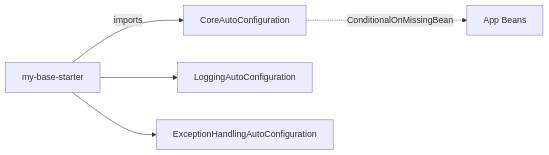
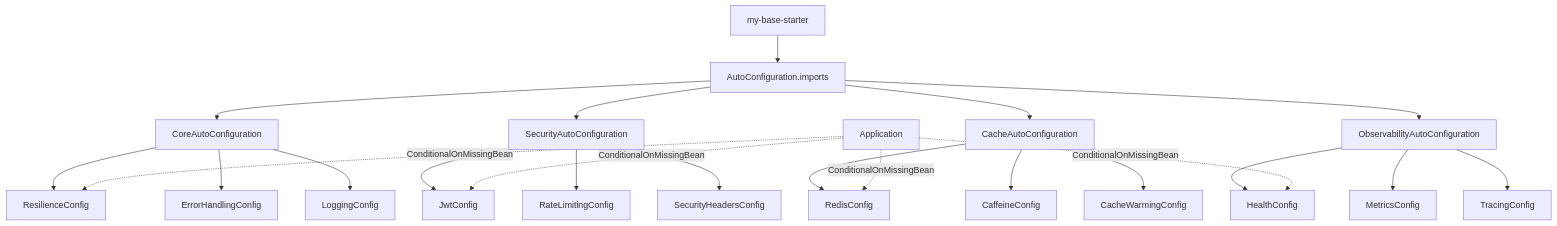
The diagram in plan/plan-my-base-starter.md (tmshoangnam/code-base-java), drawn with Mermaid before and after one commit. The commit also changed other lines of this file and 4 other files, not shown here.

Commit message:
Enhance documentation for enterprise-grade features across core, security, cache, and observability modules. Include detailed objectives, architecture, setup steps, and best practices for each component, ensuring a comprehensive guide for developers.

````diff
--- a/plan/plan-my-base-starter.md
+++ b/plan/plan-my-base-starter.md
@@ -12,7 +21,29 @@
 ```mermaid
-flowchart LR
-  A[my-base-starter] -->|imports| B[CoreAutoConfiguration]
-  A --> C[LoggingAutoConfiguration]
-  A --> D[ExceptionHandlingAutoConfiguration]
-  B -.->|ConditionalOnMissingBean| App[App Beans]
+graph TB
+  A[my-base-starter] --> B[AutoConfiguration.imports]
+  B --> C[CoreAutoConfiguration]
+  B --> D[SecurityAutoConfiguration]
+  B --> E[CacheAutoConfiguration]
+  B --> F[ObservabilityAutoConfiguration]
+  
+  C --> C1[ResilienceConfig]
+  C --> C2[ErrorHandlingConfig]
+  C --> C3[LoggingConfig]
+  
+  D --> D1[JwtConfig]
+  D --> D2[RateLimitingConfig]
+  D --> D3[SecurityHeadersConfig]
+  
+  E --> E1[RedisConfig]
+  E --> E2[CaffeineConfig]
+  E --> E3[CacheWarmingConfig]
+  
+  F --> F1[HealthConfig]
+  F --> F2[MetricsConfig]
+  F --> F3[TracingConfig]
+  
+  G[Application] -.->|ConditionalOnMissingBean| C1
+  G -.->|ConditionalOnMissingBean| D1
+  G -.->|ConditionalOnMissingBean| E1
+  G -.->|ConditionalOnMissingBean| F1
 ```
````
